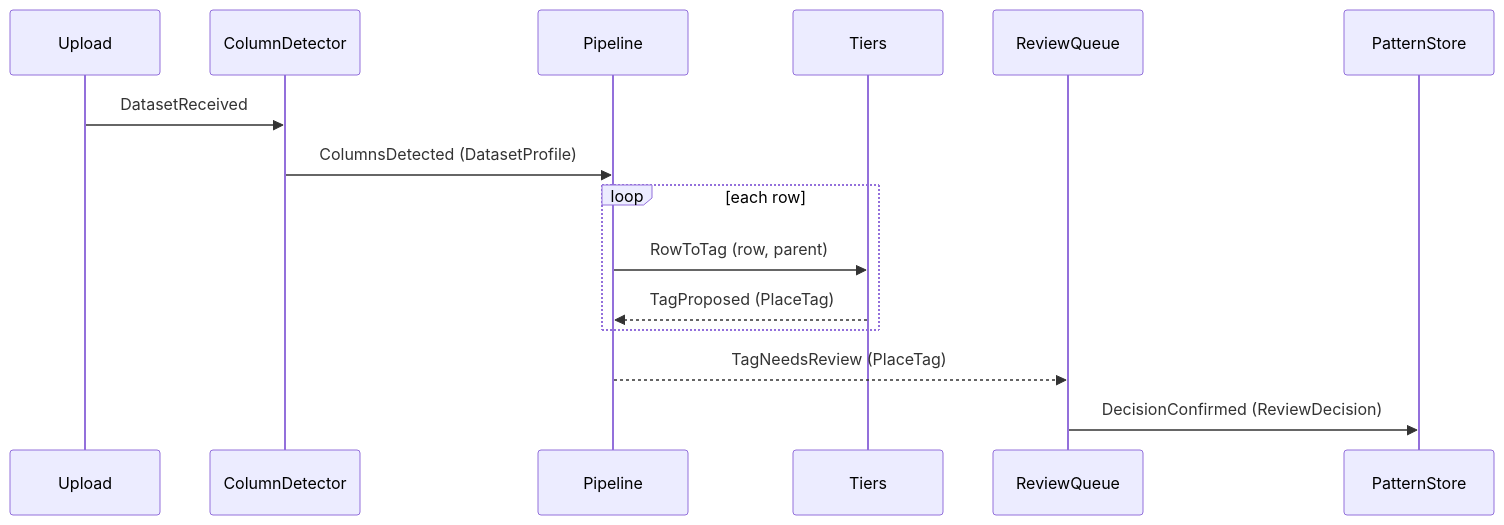
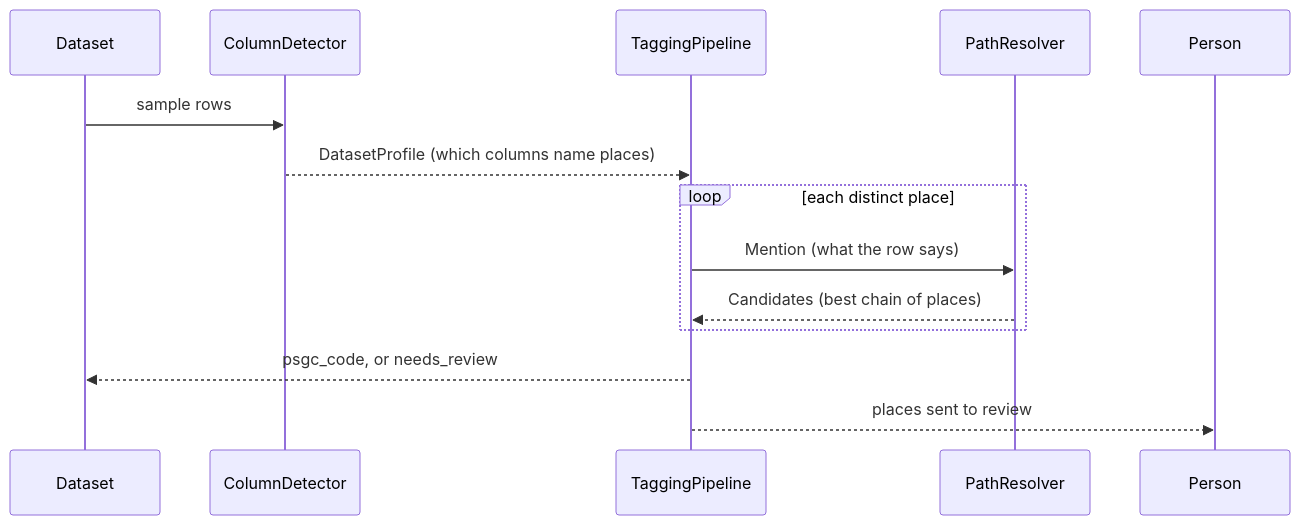
One commit to jmrec/open-data-portal-extension changed the diagram in docs/about.md. Above: the diagram before and after it, drawn with Mermaid. The commit also changed other lines of this file and 50 other files, not shown here.

First line of the commit message:
feat: PSGC tagging pipeline, reference build, manifest runs, and evals

````diff
--- a/docs/about.md
+++ b/docs/about.md
@@ -25,18 +30,17 @@
 ```mermaid
 sequenceDiagram
-    participant Up as Upload
+    participant DS as Dataset
     participant CD as ColumnDetector
-    participant PL as Pipeline
-    participant T as Tiers
-    participant RQ as ReviewQueue
-    participant PS as PatternStore
+    participant PL as TaggingPipeline
+    participant R as PathResolver
+    participant P as Person
 
-    Up->>CD: DatasetReceived
-    CD->>PL: ColumnsDetected (DatasetProfile)
-    loop each row
-        PL->>T: RowToTag (row, parent)
-        T-->>PL: TagProposed (PlaceTag)
+    DS->>CD: sample rows
+    CD-->>PL: DatasetProfile (which columns name places)
+    loop each distinct place
+        PL->>R: Mention (what the row says)
+        R-->>PL: Candidates (best chain of places)
     end
-    PL-->>RQ: TagNeedsReview (PlaceTag)
-    RQ->>PS: DecisionConfirmed (ReviewDecision)
+    PL-->>DS: psgc_code, or needs_review
+    PL-->>P: places sent to review
 ```
````
